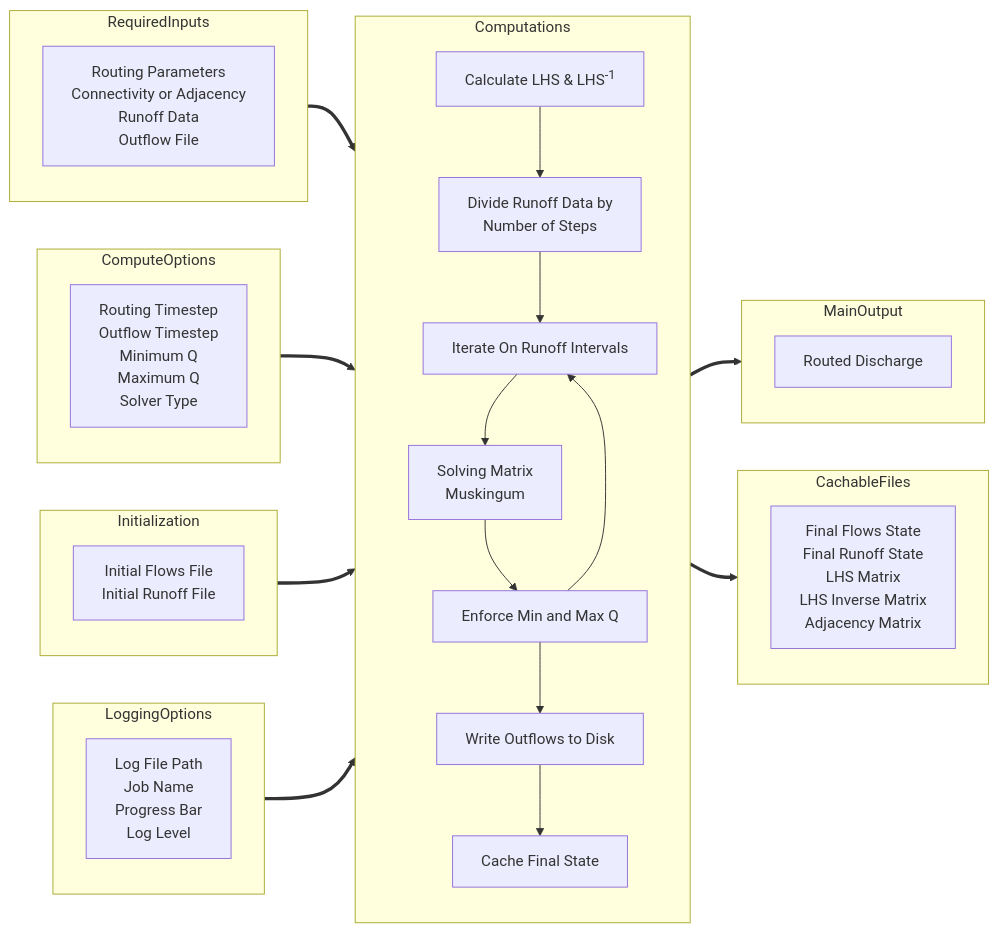
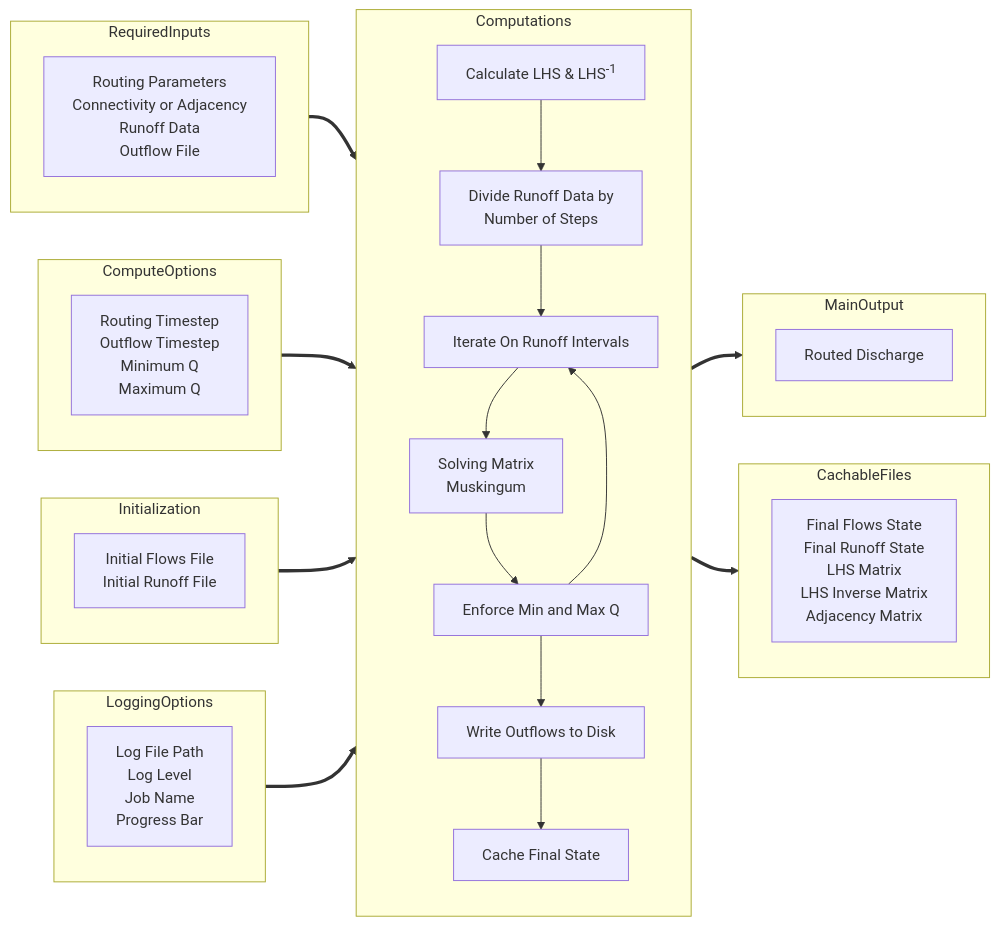
One commit to rileyhales/river-route changed the diagram in README.md. Above: the diagram before and after it, drawn with Mermaid. The commit also changed other lines of this file, not shown here.

````diff
--- a/README.md
+++ b/README.md
@@ -85,43 +100,43 @@
 ```mermaid
 ---
 Title: River Route Process Diagram
 ---
 graph LR
     subgraph "RequiredInputs"
         Inputs["Routing Parameters \n Connectivity or Adjacency \n Runoff Data \n Outflow File"]
     end
 
     subgraph "ComputeOptions"
-        co1["Routing Timestep \n Outflow Timestep \n Minimum Q \n Maximum Q \n Solver Type"]
+        co1["Routing Timestep \n Outflow Timestep \n Minimum Q \n Maximum Q"]
     end
 
     subgraph "Initialization"
         i1["Initial Flows File \n Initial Runoff File"]
     end
 
     subgraph "LoggingOptions"
-        management["Log File Path \n Job Name \n Progress Bar \n Log Level"]
+        management["Log File Path \n Log Level \n Job Name \n Progress Bar"]
     end
 
     subgraph "Computations"
         direction TB
         a[Calculate LHS & LHS<sup>-1</sup>] --> b
         b[Divide Runoff Data by \n Number of Steps] --> c
         c[Iterate On Runoff Intervals] --> d
         d[Solving Matrix \n Muskingum] --> e
         e[Enforce Min and Max Q] --> f & c
         f[Write Outflows to Disk] --> g
         g[Cache Final State]
     end
 
     subgraph "MainOutput"
         Result[Routed Discharge]
     end
 
     subgraph "CachableFiles"
         CachedFiles["Final Flows State \n Final Runoff State \n LHS Matrix \n LHS Inverse Matrix \n Adjacency Matrix"]
     end
 
     RequiredInputs & ComputeOptions & Initialization & LoggingOptions ==> Computations
     Computations ==> MainOutput & CachableFiles
 ```
````
